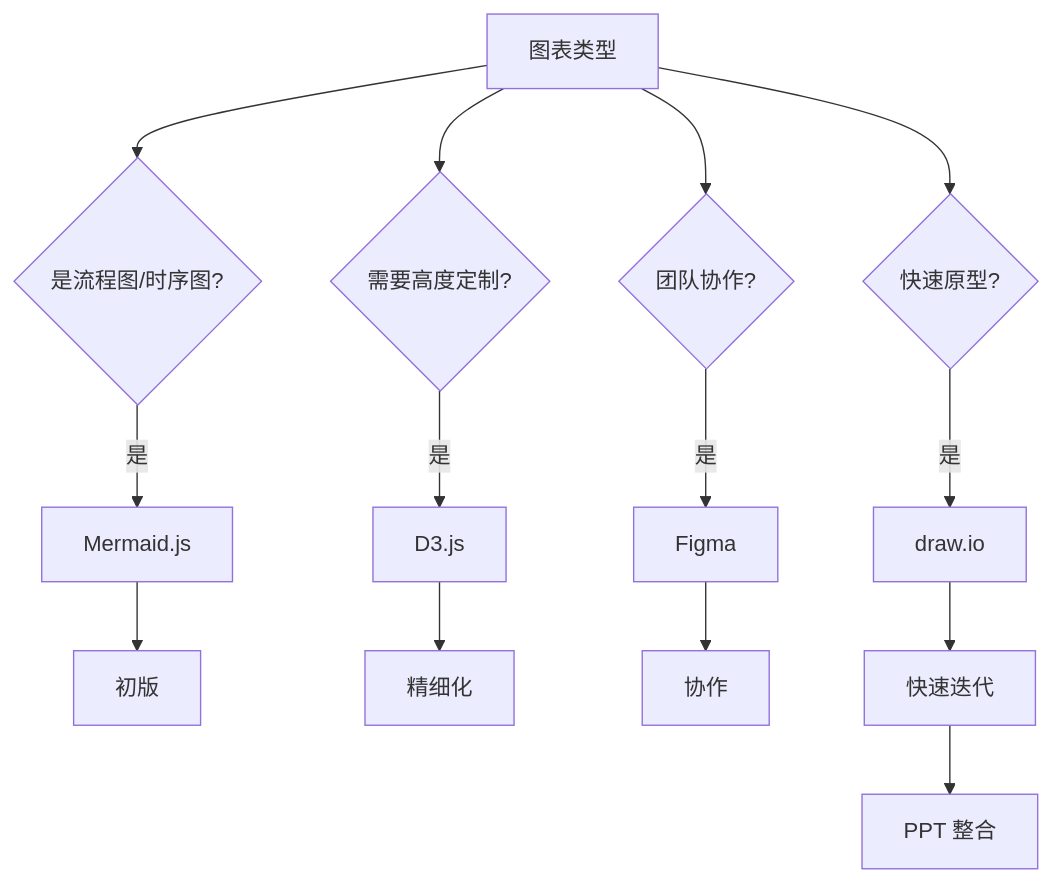
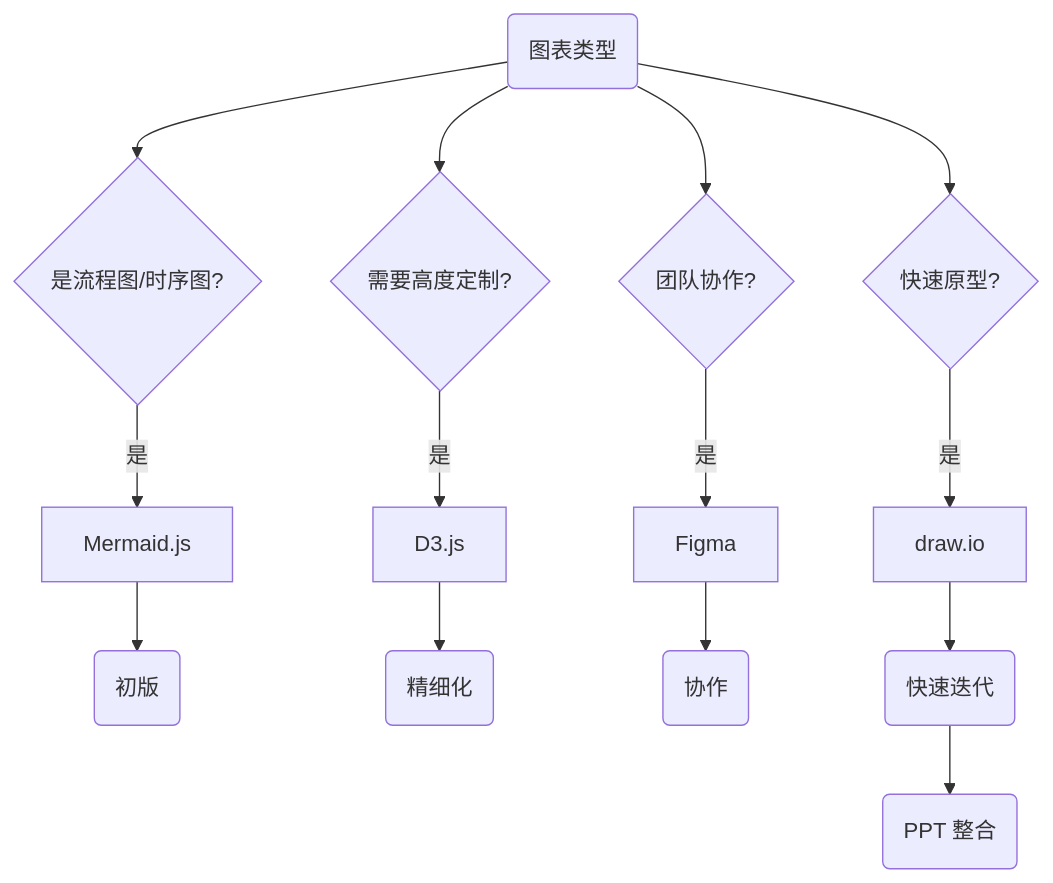
The second of 3 diagrams in src/content/docs/figures/tools.mdx (yiweinanzi/ai-research-ebook), drawn with Mermaid before and after one commit. The commit also changed other lines of this file and 12 other files, not shown here.

First line of the commit message:
fix: Mermaid diagrams - remove Chinese punctuation parsing issues

````diff
--- a/src/content/docs/figures/tools.mdx
+++ b/src/content/docs/figures/tools.mdx
@@ -71,19 +73,21 @@
 ```mermaid
 flowchart TD
-    A[图表类型] --> B{是流程图/时序图?}
+    A(图表类型) --> B{是流程图/时序图?}
     A --> C{需要高度定制?}
     A --> D{团队协作?}
     A --> E{快速原型?}
 
     B -->|是| F[Mermaid.js]
     C -->|是| G[D3.js]
     D -->|是| H[Figma]
     E -->|是| I[draw.io]
-    F --> J[初版]
-    G --> K[精细化]
-    H --> L[协作]
-    I --> M[快速迭代]
+    F --> J(初版)
+    G --> K(精细化)
+    H --> L(协作)
+    I --> M(快速迭代)
 
-    M --> N[PPT 整合]
+    M --> N(PPT 整合)
+
+
 
 ```
````
